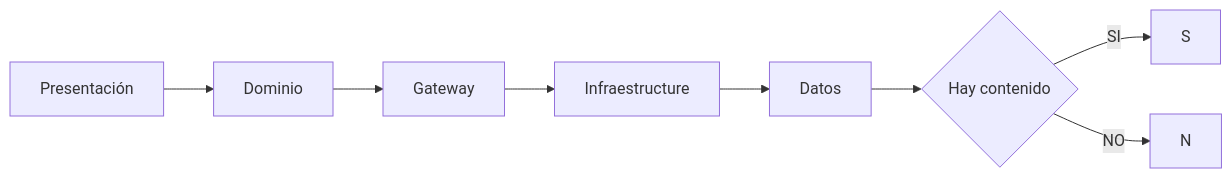
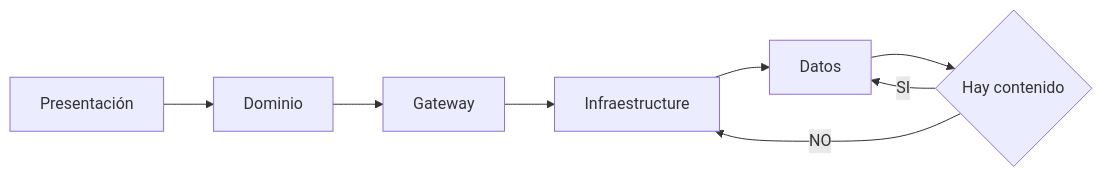
Before and after one commit to stivengm/README: the diagram in README.md, drawn with Mermaid.

````diff
--- a/README.md
+++ b/README.md
@@ -3,21 +3,23 @@
 ```mermaid
 
 graph LR;
 
 D[Dominio]
 A[Datos]
 I[Infraestructure]
 G[Gateway]
 P[Presentación]
 H{Hay contenido}
 
 P --> D
 D --> G
 G --> I
 I --> A
 A --> H
 
-H --> |SI| S
-H --> |NO| N
+H --> |SI| A
+H --> |NO| I
+
+
 
 ```
````
